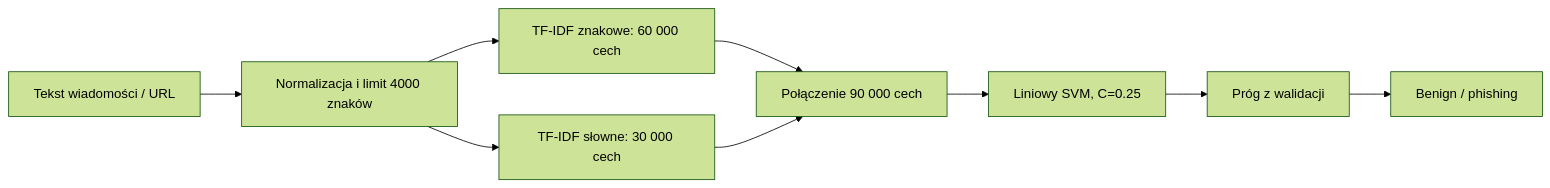
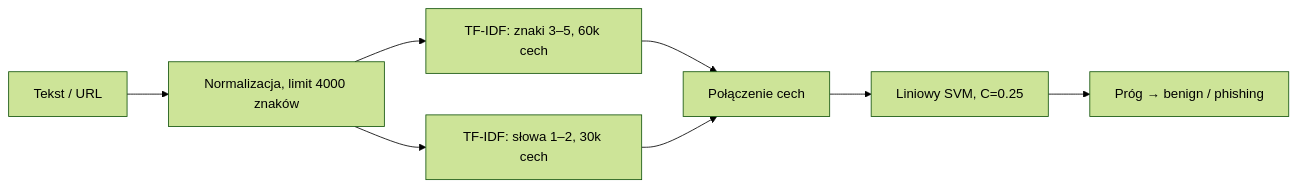
The diagram in README.md (nikpan1/phishing-detector), drawn with Mermaid (forest theme) before and after one commit. The commit also changed other lines of this file and 37 other files, not shown here.

````diff
--- a/README.md
+++ b/README.md
@@ -49,11 +24,10 @@
 ```mermaid
 flowchart LR
-    A["Tekst wiadomości / URL"] --> B["Normalizacja i limit 4000 znaków"]
-    B --> C["TF-IDF znakowe: 60 000 cech"]
-    B --> W["TF-IDF słowne: 30 000 cech"]
-    C --> U["Połączenie 90 000 cech"]
+    A["Tekst / URL"] --> N["Normalizacja, limit 4000 znaków"]
+    N --> C["TF-IDF: znaki 3–5, 60k cech"]
+    N --> W["TF-IDF: słowa 1–2, 30k cech"]
+    C --> U["Połączenie cech"]
     W --> U
-    U --> D["Liniowy SVM, C=0.25"]
-    D --> E["Próg z walidacji"]
-    E --> F["Benign / phishing"]
+    U --> S["Liniowy SVM, C=0.25"]
+    S --> P["Próg → benign / phishing"]
 ```
````
